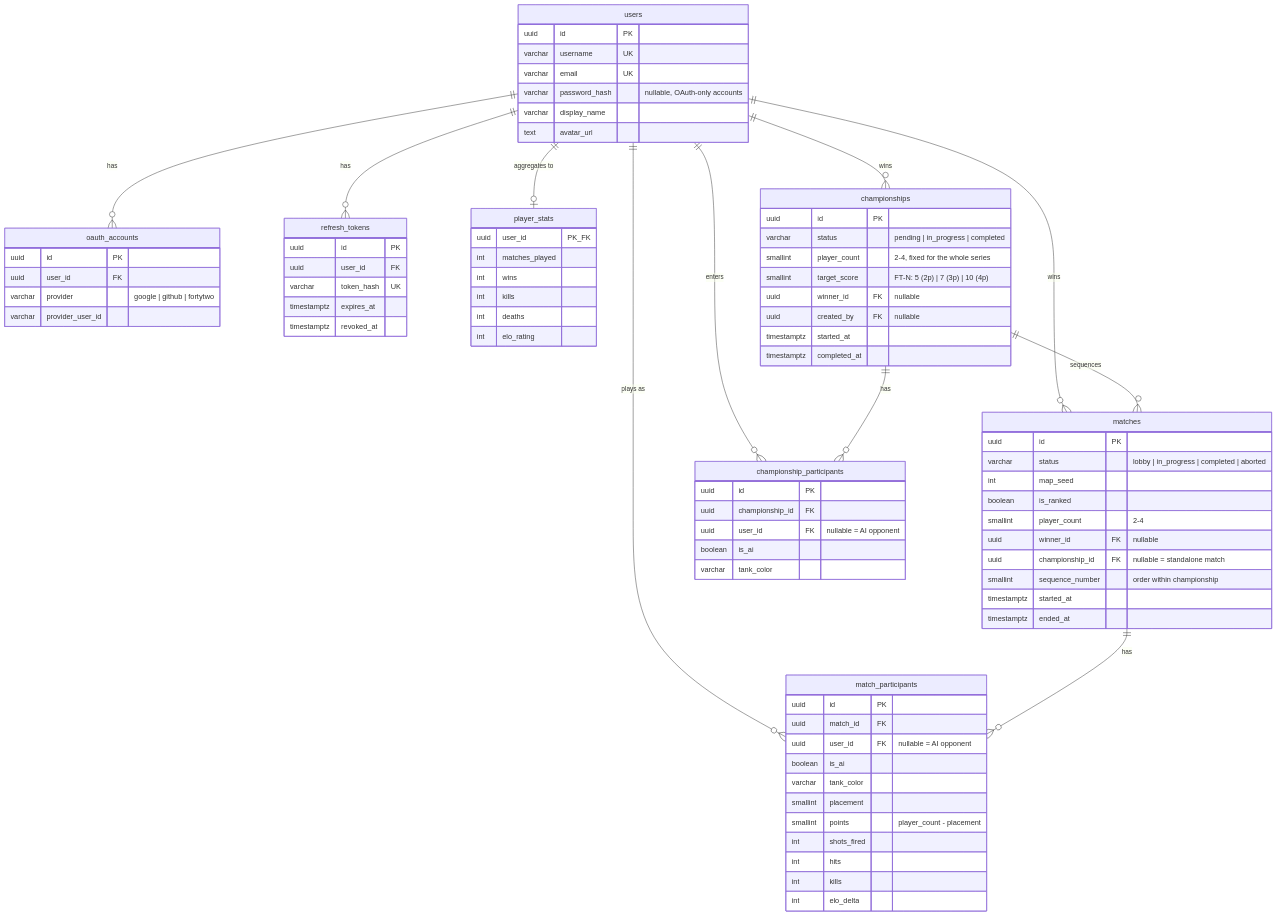
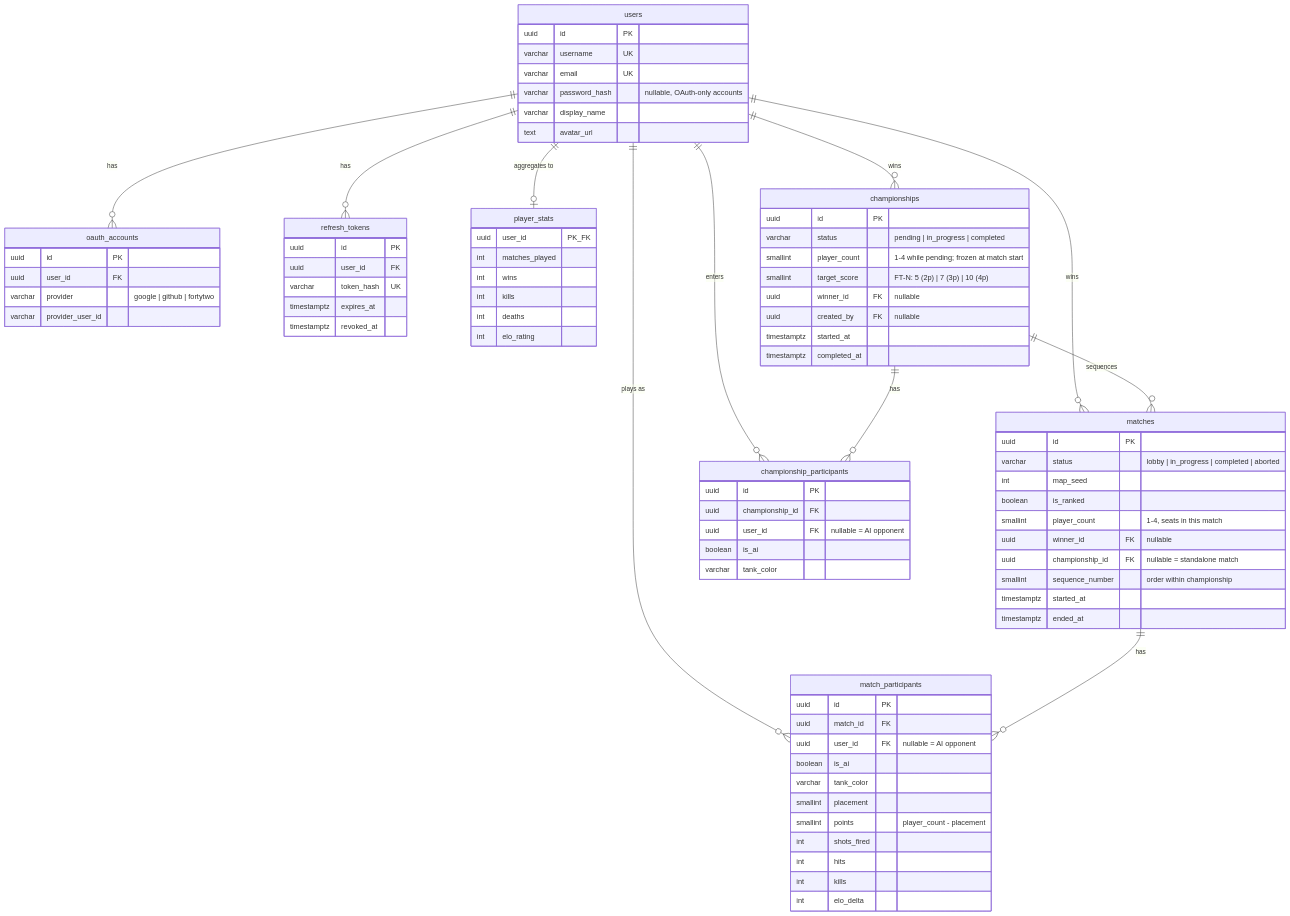
Before and after one commit to hebaja/tank_it: the diagram in docs/database-schema.md, drawn with Mermaid. The commit also changed other lines of this file and 16 other files, not shown here.

First line of the commit message:
feat(back): update schema for live championship state

```diff
--- a/docs/database-schema.md
+++ b/docs/database-schema.md
@@ -53,7 +53,7 @@
     championships {
         uuid id PK
         varchar status "pending | in_progress | completed"
-        smallint player_count "2-4, fixed for the whole series"
+        smallint player_count "1-4 while pending; frozen at match start"
         smallint target_score "FT-N: 5 (2p) | 7 (3p) | 10 (4p)"
         uuid winner_id FK "nullable"
         uuid created_by FK "nullable"
@@ -72,7 +72,7 @@
         varchar status "lobby | in_progress | completed | aborted"
         int map_seed
         boolean is_ranked
-        smallint player_count "2-4"
+        smallint player_count "1-4, seats in this match"
         uuid winner_id FK "nullable"
         uuid championship_id FK "nullable = standalone match"
         smallint sequence_number "order within championship"
```
